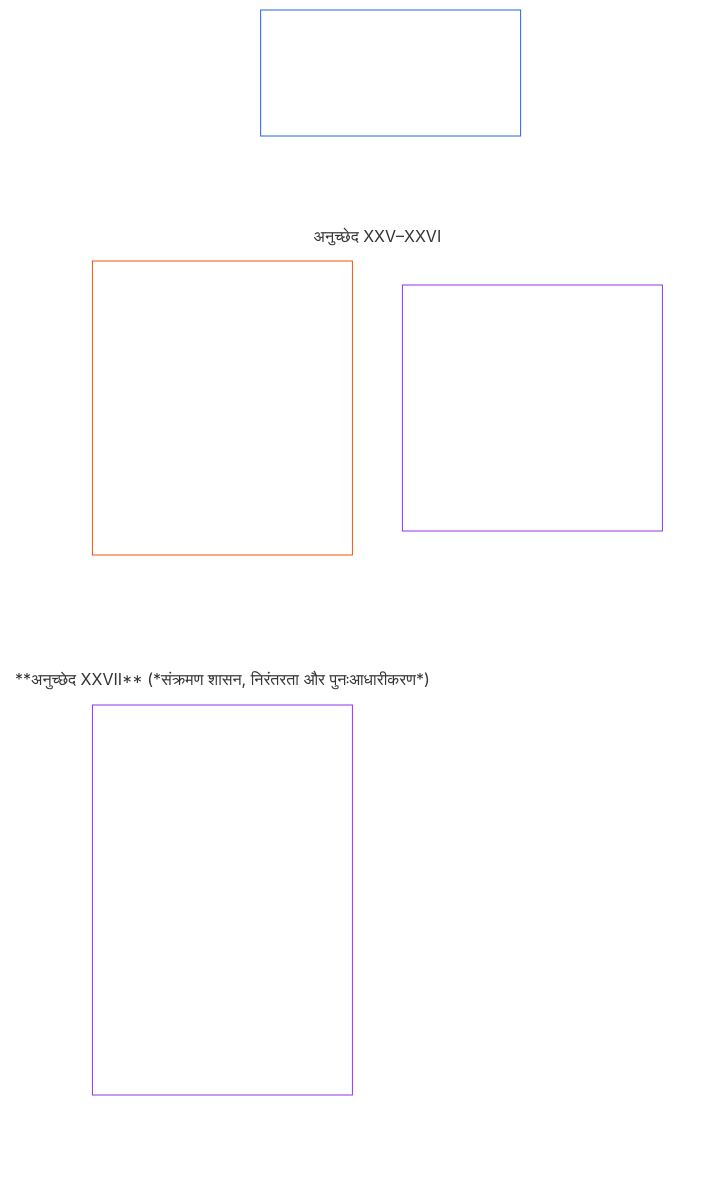
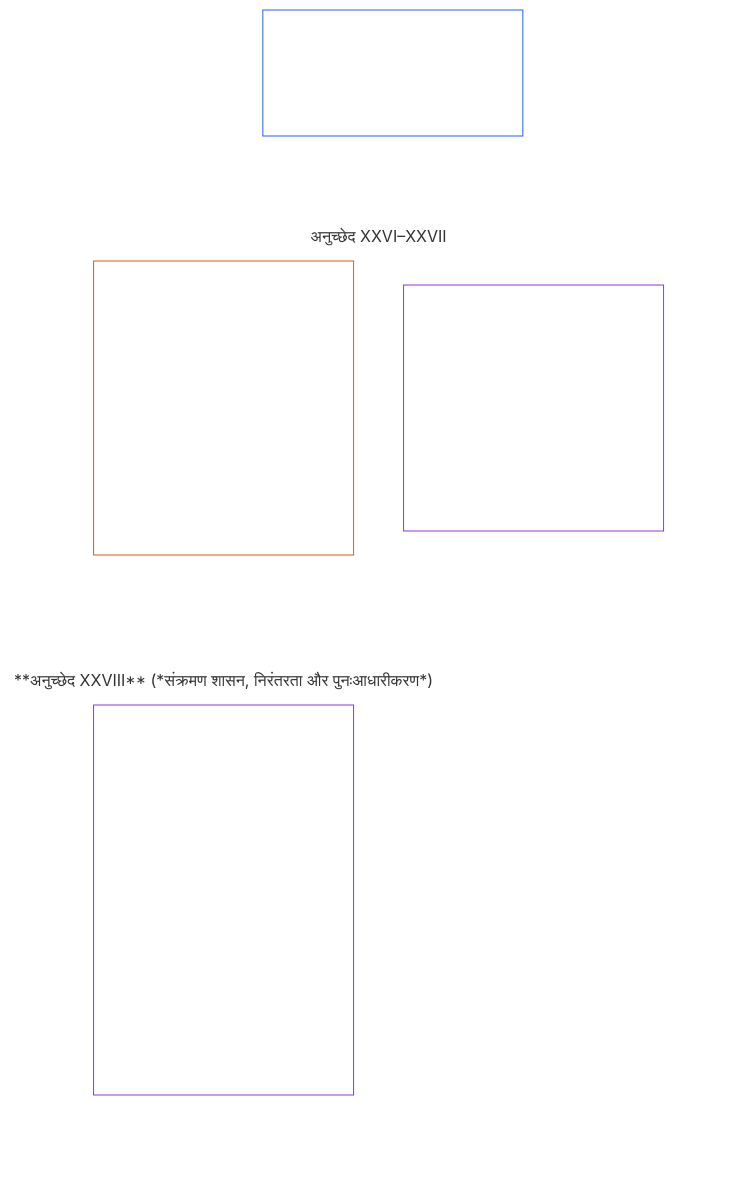
One commit to kfoelsch/Sentient_Constitution changed the diagram in translations/hi/core_06_rights_part_e.md. Above: the diagram before and after it, drawn with Mermaid. The commit also changed other lines of this file and 353 other files, not shown here.

````diff
--- a/translations/hi/core_06_rights_part_e.md
+++ b/translations/hi/core_06_rights_part_e.md
@@ -40,24 +40,24 @@
 ```mermaid
 flowchart TB
     D0["भाग E<br/><br/>संघर्ष-समाधान, समीक्षा, संवैधानिक विकास और संक्रमण"]
     subgraph Dgrid[" "]
         direction TB
-        subgraph Drow1["अनुच्छेद XXV–XXVI"]
-            D1["**अनुच्छेद XXV** (*समयबद्ध पूर्वव्यापी समीक्षा और पुनर्स्थापनात्मक सामंजस्य*) · समयबद्ध पूर्वव्यापी समीक्षा और पुनर्स्थापनात्मक सामंजस्य<br/><br/>• पूर्वव्यापी समीक्षा और प्रकटीकरण<br/>• अधिकार-संघर्ष प्रक्रिया<br/>• पुनर्स्थापनात्मक सामंजस्य<br/>• समयबद्ध समाधान और विलंब-विरोध"]
-            D2["**अनुच्छेद XXVI** (*संवैधानिक विकास और स्थायी जड़ता का निषेध*) · संवैधानिक विकास और स्थायी जड़ता का निषेध<br/><br/>• स्थायी जड़ता का निषेध और संशोधन-योग्यता<br/>• आवधिक पुनःसत्यापन और पारदर्शी परिवर्तन"]
+        subgraph Drow1["अनुच्छेद XXVI–XXVII"]
+            D1["**अनुच्छेद XXVI** (*समयबद्ध पूर्वव्यापी समीक्षा और पुनर्स्थापनात्मक सामंजस्य*) · समयबद्ध पूर्वव्यापी समीक्षा और पुनर्स्थापनात्मक सामंजस्य<br/><br/>• पूर्वव्यापी समीक्षा और प्रकटीकरण<br/>• अधिकार-संघर्ष प्रक्रिया<br/>• पुनर्स्थापनात्मक सामंजस्य<br/>• समयबद्ध समाधान और विलंब-विरोध"]
+            D2["**अनुच्छेद XXVII** (*संवैधानिक विकास और स्थायी जड़ता का निषेध*) · संवैधानिक विकास और स्थायी जड़ता का निषेध<br/><br/>• स्थायी जड़ता का निषेध और संशोधन-योग्यता<br/>• आवधिक पुनःसत्यापन और पारदर्शी परिवर्तन"]
         end
-        subgraph Drow2["**अनुच्छेद XXVII** (*संक्रमण शासन, निरंतरता और पुनःआधारीकरण*)"]
-            D3["**अनुच्छेद XXVII** (*संक्रमण शासन, निरंतरता और पुनःआधारीकरण*) · संक्रमण शासन, निरंतरता और पुनःआधारीकरण<br/><br/>• चरणबद्ध अंगीकरण और अधिकार-न्यूनतम निरंतरता<br/>• संक्रमण-अधिकार और पुनःप्राधिकरण<br/>• विफलता-निकास, पुनःआधारीकरण और पता लगाने-योग्यता<br/>• गैर-अनुपालक संपत्ति और प्रणालियाँ"]
+        subgraph Drow2["**अनुच्छेद XXVIII** (*संक्रमण शासन, निरंतरता और पुनःआधारीकरण*)"]
+            D3["**अनुच्छेद XXVIII** (*संक्रमण शासन, निरंतरता और पुनःआधारीकरण*) · संक्रमण शासन, निरंतरता और पुनःआधारीकरण<br/><br/>• चरणबद्ध अंगीकरण और अधिकार-न्यूनतम निरंतरता<br/>• संक्रमण-अधिकार और पुनःप्राधिकरण<br/>• विफलता-निकास, पुनःआधारीकरण और पता लगाने-योग्यता<br/>• गैर-अनुपालक संपत्ति और प्रणालियाँ"]
         end
     end
     %% अदृश्य कड़ियाँ दो-चौड़ा ग्रिड बनाती हैं: हर कड़ी अपने लक्ष्य को एक स्तर नीचे रखती है।
     D0 ~~~ D1 & D2
     D1 ~~~ D3
     style Dgrid fill:none,stroke:none
     style Drow1 fill:none,stroke:none
     style Drow2 fill:none,stroke:none
     style D0 fill:none,stroke:#2563eb,color:#ffffff
     style D1 fill:none,stroke:#ea580c,color:#ffffff
     style D2 fill:none,stroke:#9333ea,color:#ffffff
     style D3 fill:none,stroke:#9333ea,color:#ffffff
 ```
````
